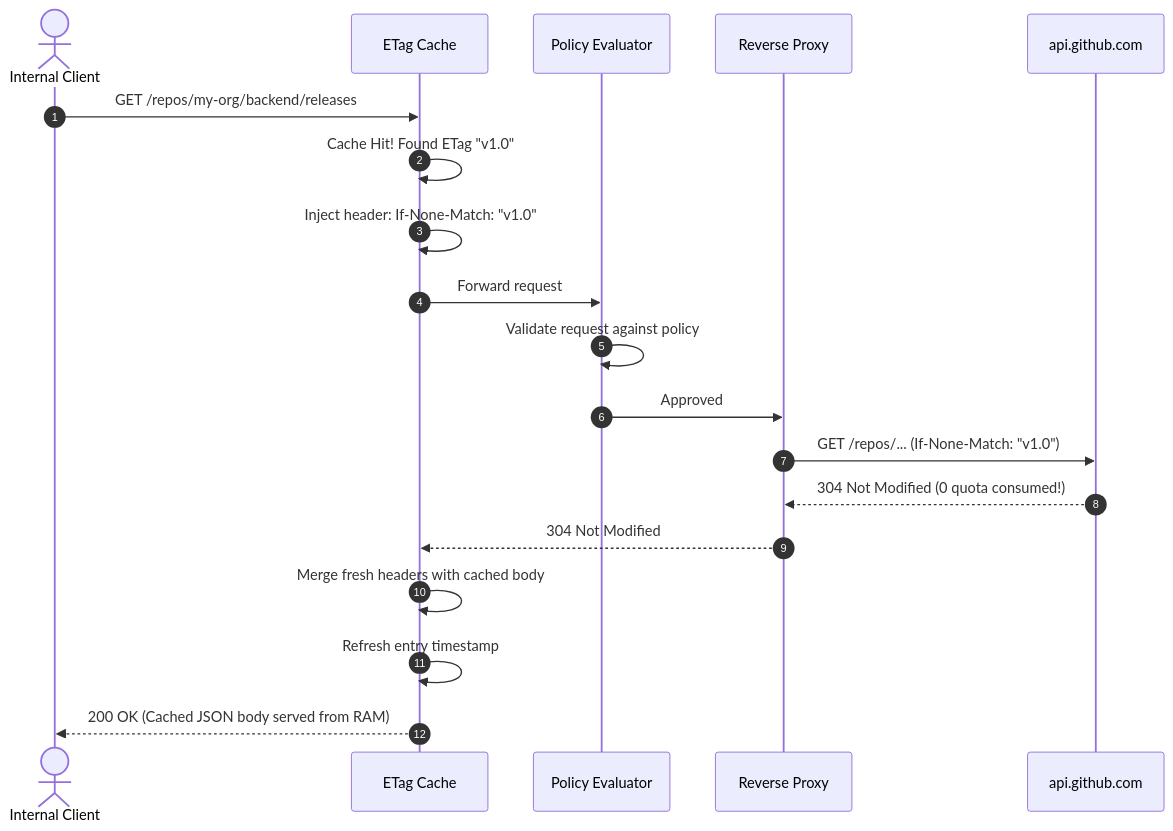
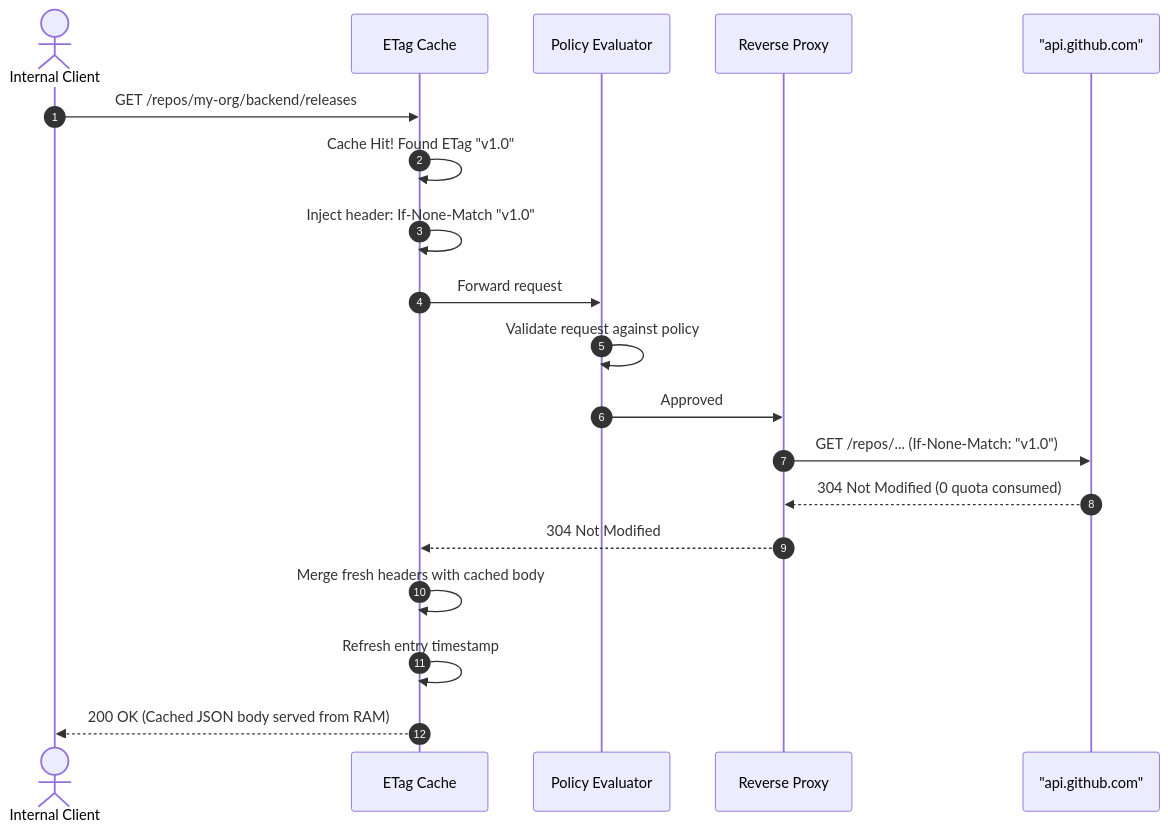
Before and after one commit to kjaapelania/github-api-gateway: the third of 8 diagrams in docs/architecture.md, drawn with Mermaid. The commit also changed other lines of this file and 10 other files, not shown here.

Commit message:
docs: resolve Mermaid rendering bugs and provide pre-rendered vector SVGs for all UML diagrams

````diff
--- a/docs/architecture.md
+++ b/docs/architecture.md
@@ -157,22 +178,22 @@
 ```mermaid
 sequenceDiagram
     autonumber
     actor Client as Internal Client
     participant Cache as ETag Cache
     participant Policy as Policy Evaluator
     participant Proxy as Reverse Proxy
-    participant GitHub as api.github.com
+    participant GitHub as "api.github.com"
 
     Client->>Cache: GET /repos/my-org/backend/releases
     Cache->>Cache: Cache Hit! Found ETag "v1.0"
-    Cache->>Cache: Inject header: If-None-Match: "v1.0"
+    Cache->>Cache: Inject header: If-None-Match "v1.0"
     Cache->>Policy: Forward request
     Policy->>Policy: Validate request against policy
     Policy->>Proxy: Approved
     Proxy->>GitHub: GET /repos/... (If-None-Match: "v1.0")
-    GitHub-->>Proxy: 304 Not Modified (0 quota consumed!)
+    GitHub-->>Proxy: 304 Not Modified (0 quota consumed)
     Proxy-->>Cache: 304 Not Modified
     Cache->>Cache: Merge fresh headers with cached body
     Cache->>Cache: Refresh entry timestamp
     Cache-->>Client: 200 OK (Cached JSON body served from RAM)
 ```
````
